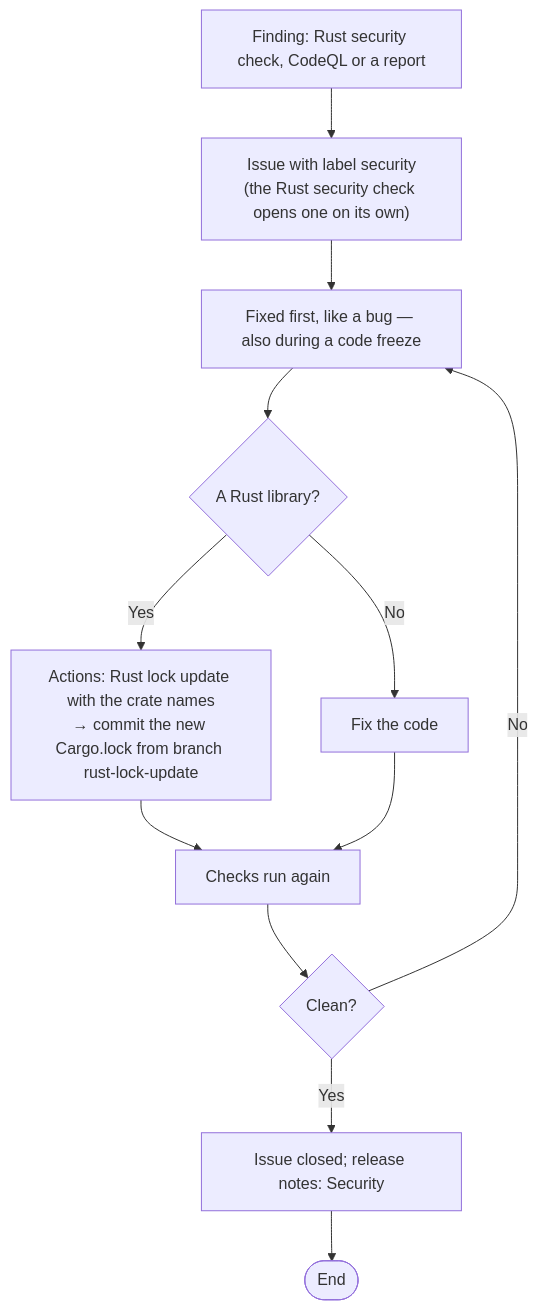
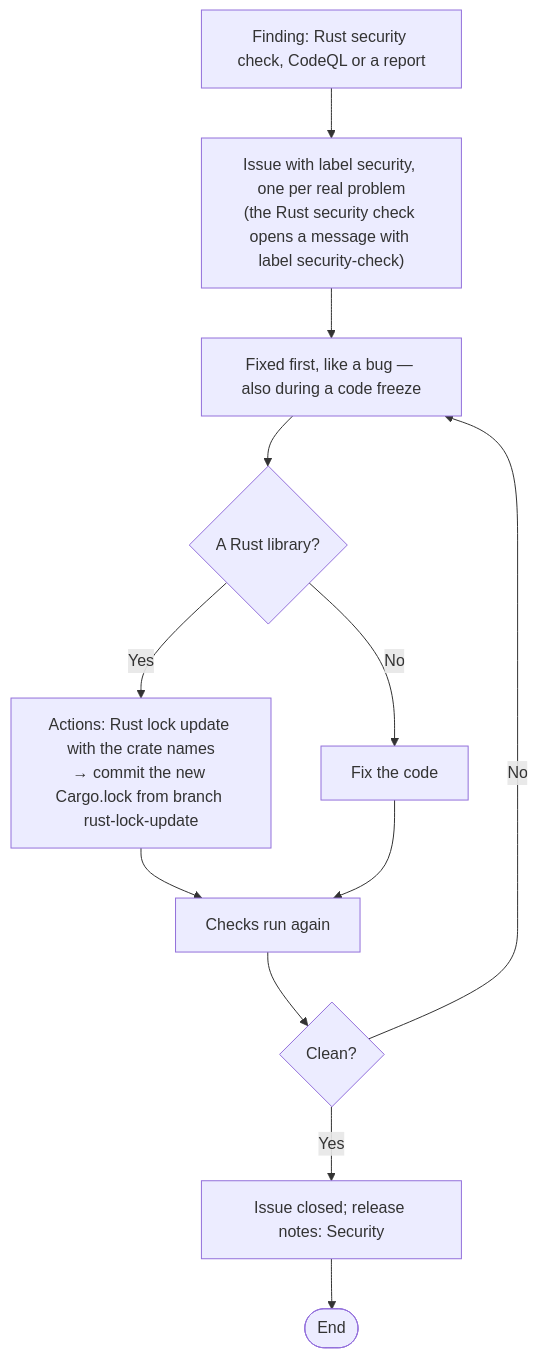
One commit to GFGMNET/Workspace changed the diagram in docs/SECURITY-WORKFLOW.md. Above: the diagram before and after it, drawn with Mermaid. The commit also changed other lines of this file and 1 other file, not shown here.

Commit message:
Security check messages get the label security-check; only real problems keep the label security
Claude-Session: https://claude.ai/code/session_01YTmHS5QesE4imbb73iBYzB

````diff
--- a/docs/SECURITY-WORKFLOW.md
+++ b/docs/SECURITY-WORKFLOW.md
@@ -5,14 +5,14 @@
 ```mermaid
 flowchart TD
-   A["Finding: Rust security check, CodeQL or a report"] --> B["Issue with label security<br/>(the Rust security check opens one on its own)"]
+   A["Finding: Rust security check, CodeQL or a report"] --> B["Issue with label security, one per real problem<br/>(the Rust security check opens a message with label security-check)"]
    B --> C["Fixed first, like a bug — also during a code freeze"]
    C --> D{"A Rust library?"}
    D -->|Yes| E["Actions: Rust lock update with the crate names<br/>→ commit the new Cargo.lock from branch rust-lock-update"]
    D -->|No| F["Fix the code"]
    E --> G["Checks run again"]
    F --> G
    G --> H{"Clean?"}
    H -->|No| C
    H -->|Yes| I["Issue closed; release notes: Security"]
    I --> J([End])
 ```
````
